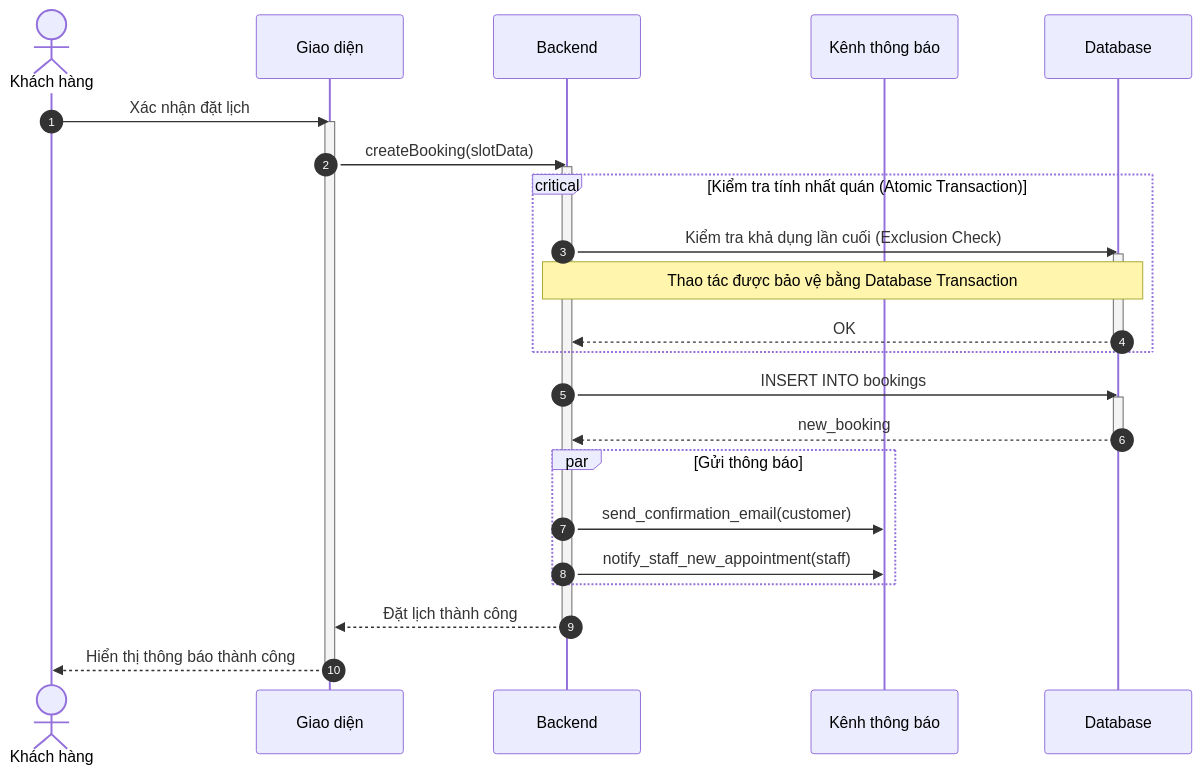
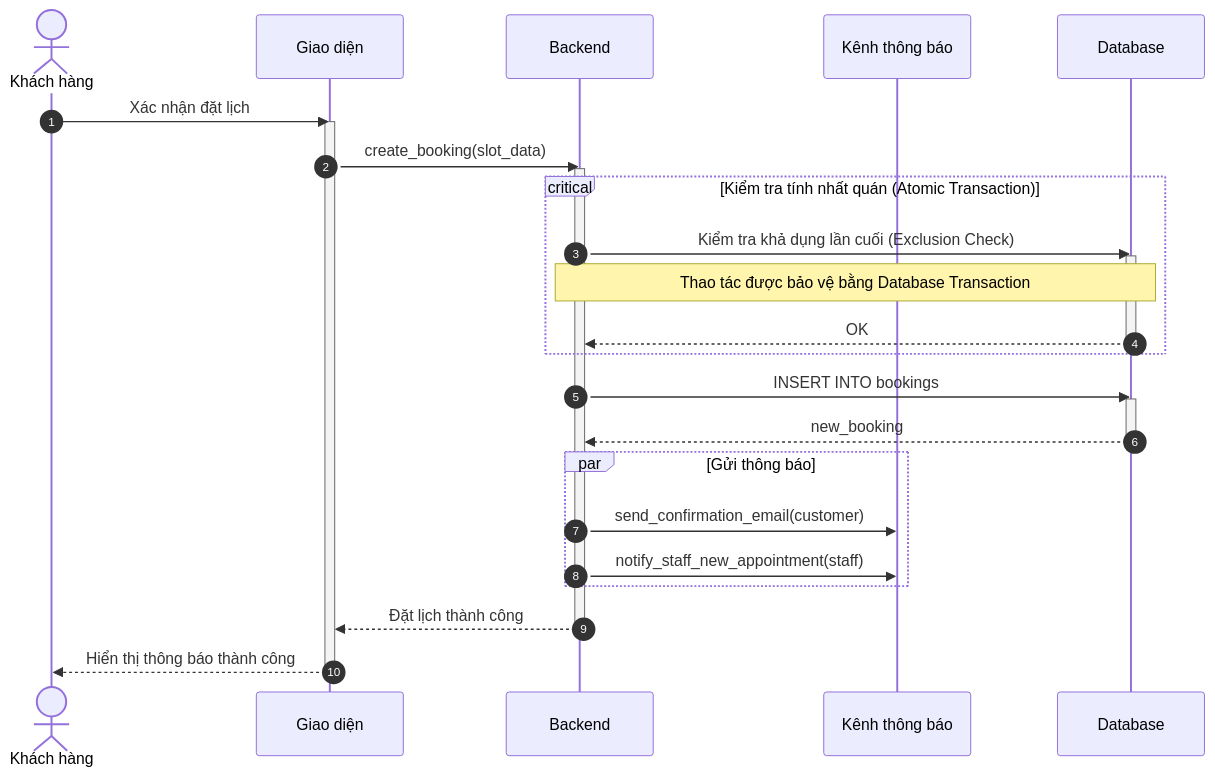
One commit to ngoctinn/Synapse changed the fourth of 10 diagrams in docs/design/sequences/customer_flows.md. Above: the diagram before and after it, drawn with Mermaid. The commit also changed other lines of this file and 4 other files, not shown here.

Commit message:
docs: Add activity and sequence diagrams for authentication, customer, receptionist, and technician flows.

````diff
--- a/docs/design/sequences/customer_flows.md
+++ b/docs/design/sequences/customer_flows.md
@@ -120,38 +120,38 @@
 ```mermaid
 sequenceDiagram
     autonumber
     actor KH as Khách hàng
     participant UI as Giao diện
     participant BE as Backend
     participant NOTI as Kênh thông báo
     participant DB as Database
 
     KH->>UI: Xác nhận đặt lịch
     activate UI
-    UI->>BE: createBooking(slotData)
+    UI->>BE: create_booking(slot_data)
     activate BE
 
     critical Kiểm tra tính nhất quán (Atomic Transaction)
         BE->>DB: Kiểm tra khả dụng lần cuối (Exclusion Check)
         activate DB
         Note over BE,DB: Thao tác được bảo vệ bằng Database Transaction
         DB-->>BE: OK
         deactivate DB
     end
 
     BE->>DB: INSERT INTO bookings
     activate DB
     DB-->>BE: new_booking
     deactivate DB
 
     par Gửi thông báo
         BE->>NOTI: send_confirmation_email(customer)
         BE->>NOTI: notify_staff_new_appointment(staff)
     end
 
     BE-->>UI: Đặt lịch thành công
     deactivate BE
 
     UI-->>KH: Hiển thị thông báo thành công
     deactivate UI
 ```
````
